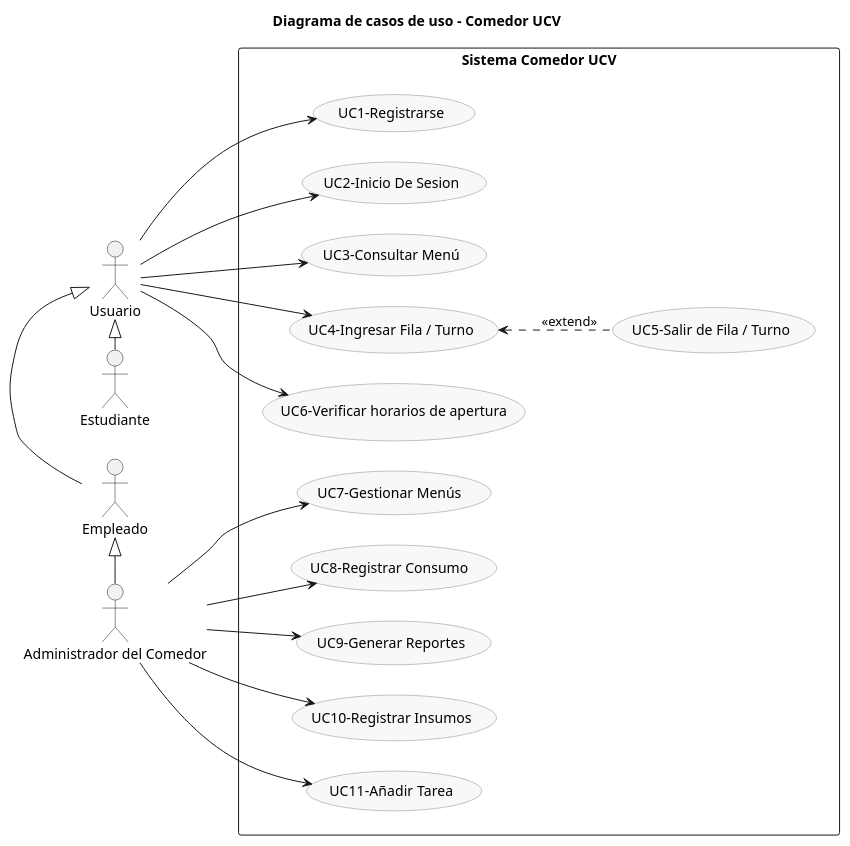
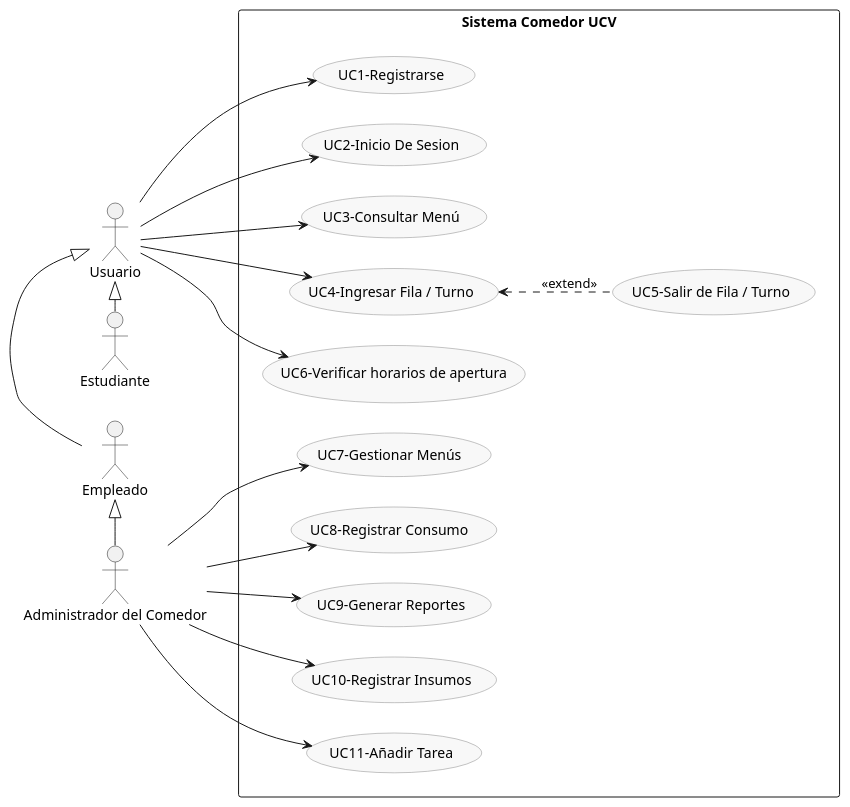
The diagram in main/docs/modelo_caso_de _uso/modeloCasodeuso.puml (GodotCoffee28/PROYECTO-INGENIERIA-2025), drawn with PlantUML before and after one commit. The commit also changed 2 other files, not shown here.

```diff
--- a/main/docs/modelo_caso_de _uso/modeloCasodeuso.puml
+++ b/main/docs/modelo_caso_de _uso/modeloCasodeuso.puml
@@ -1,61 +1,60 @@
 @startuml UseCase
 left to right direction
-title Diagrama de casos de uso - Comedor UCV
 
 ' Ajustes visuales suaves para mejorar la legibilidad
 skinparam nodesep 30
 skinparam ranksep 30
 skinparam usecase {
     BackgroundColor #f8f8f8
     BorderColor #888888
 }
 
 ' Actores
 together{
 actor "Usuario" as UsuarioGeneral
 actor "Empleado" as Usuario2
 actor "Estudiante" as Usuario1
 }
 actor "Administrador del Comedor" as Admin
 
 
 Usuario1 -|> UsuarioGeneral
 Usuario2 -|> UsuarioGeneral
 Admin -|> Usuario2
 rectangle "Sistema Comedor UCV" {
     ' Casos de Uso del Usuario (agrupados para layout)
     together {
         usecase "UC1-Registrarse" as UC_Registro
         usecase "UC2-Inicio De Sesion" as UC_RegAcceso
         usecase "UC3-Consultar Menú" as UC_ConsultarMenu
         usecase "UC4-Ingresar Fila / Turno" as UC_IngresarFila
         usecase "UC5-Salir de Fila / Turno" as UC_SalirFila
         usecase "UC6-Verificar horarios de apertura" as UC_verificar
     }
 
     ' Casos de Uso del Administrador (agrupados para layout)
     together {
         usecase "UC7-Gestionar Menús " as UC_GestionarMenu
         usecase "UC8-Registrar Consumo " as UC_RegConsumo
         usecase "UC9-Generar Reportes" as UC_Reportes
         usecase "UC10-Registrar Insumos" as UC_RegInsumos
         usecase "UC11-Añadir Tarea" as UC_GestionarTurnos
     }
 
     ' Relaciones
 
     UsuarioGeneral --> UC_Registro
     UsuarioGeneral --> UC_ConsultarMenu
     UsuarioGeneral --> UC_RegAcceso
     UsuarioGeneral --> UC_IngresarFila
     UsuarioGeneral --> UC_verificar
 
     Admin --> UC_GestionarMenu
     Admin --> UC_GestionarTurnos
     Admin --> UC_RegConsumo
     Admin --> UC_RegInsumos
     Admin --> UC_Reportes
 
     UC_IngresarFila <.. UC_SalirFila : <<extend>>
 }
 @enduml
```
